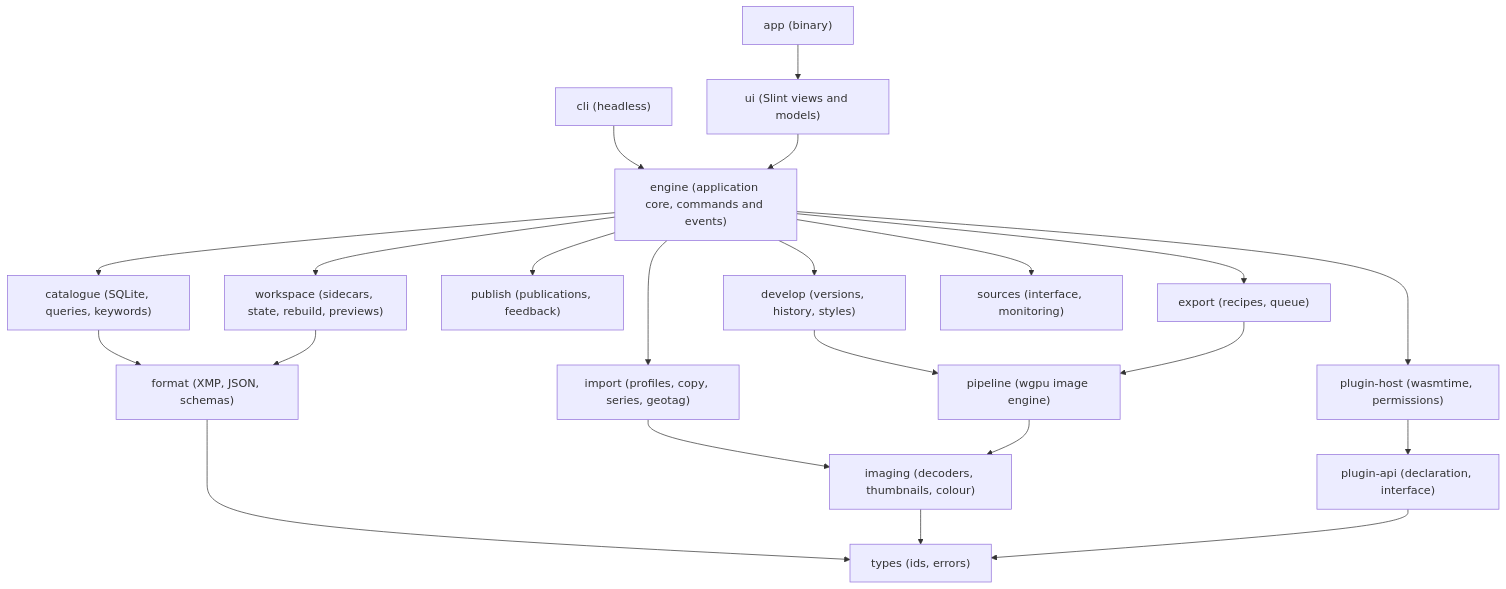
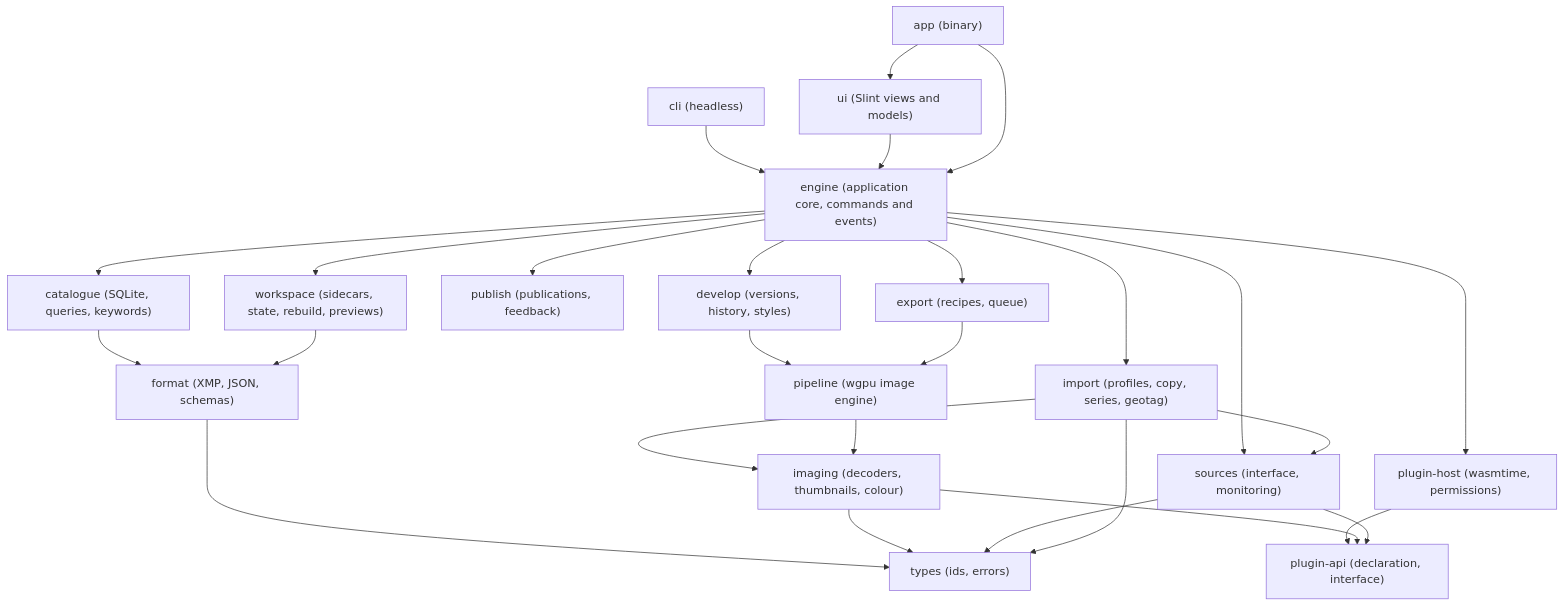
The first of 2 diagrams in docs/architecture.md (patrickfournier/auroraw), drawn with Mermaid before and after one commit. The commit also changed other lines of this file and 205 other files, not shown here.

````diff
--- a/docs/architecture.md
+++ b/docs/architecture.md
@@ -68,24 +68,29 @@
 ```mermaid
 flowchart TD
   app["app (binary)"] --> ui["ui (Slint views and models)"]
   cli["cli (headless)"] --> engine
   ui --> engine["engine (application core, commands and events)"]
   engine --> develop["develop (versions, history, styles)"]
   engine --> import["import (profiles, copy, series, geotag)"]
   engine --> export["export (recipes, queue)"]
   engine --> publish["publish (publications, feedback)"]
   engine --> catalogue["catalogue (SQLite, queries, keywords)"]
   engine --> workspace["workspace (sidecars, state, rebuild, previews)"]
   engine --> sources["sources (interface, monitoring)"]
   engine --> host["plugin-host (wasmtime, permissions)"]
   develop --> pipeline["pipeline (wgpu image engine)"]
   export --> pipeline
   import --> imaging["imaging (decoders, thumbnails, colour)"]
   pipeline --> imaging
   catalogue --> format["format (XMP, JSON, schemas)"]
   workspace --> format
   host --> api["plugin-api (declaration, interface)"]
   format --> types["types (ids, errors)"]
   imaging --> types
-  api --> types
+  imaging --> api
+  sources --> api
+  sources --> types
+  import --> sources
+  import --> types
+  app --> engine
 ```
````
